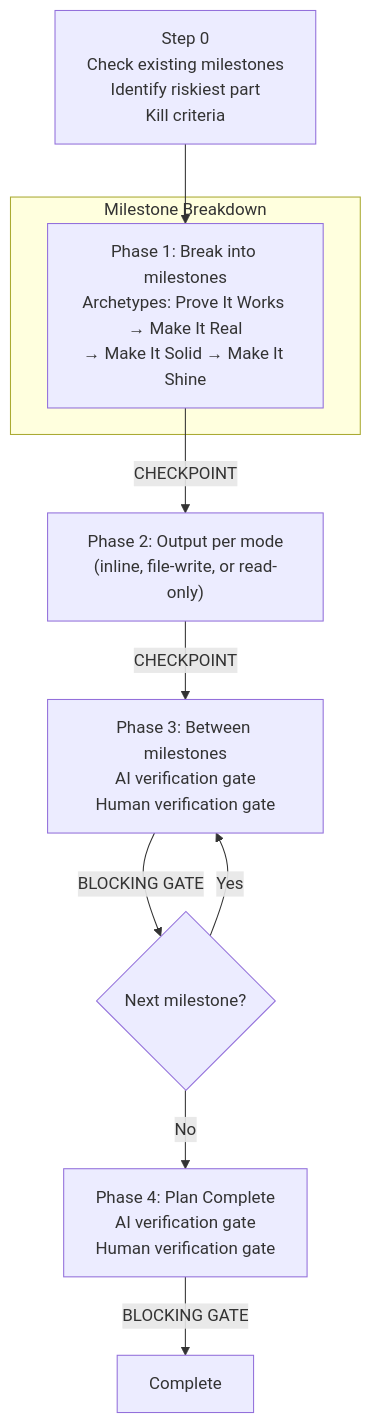
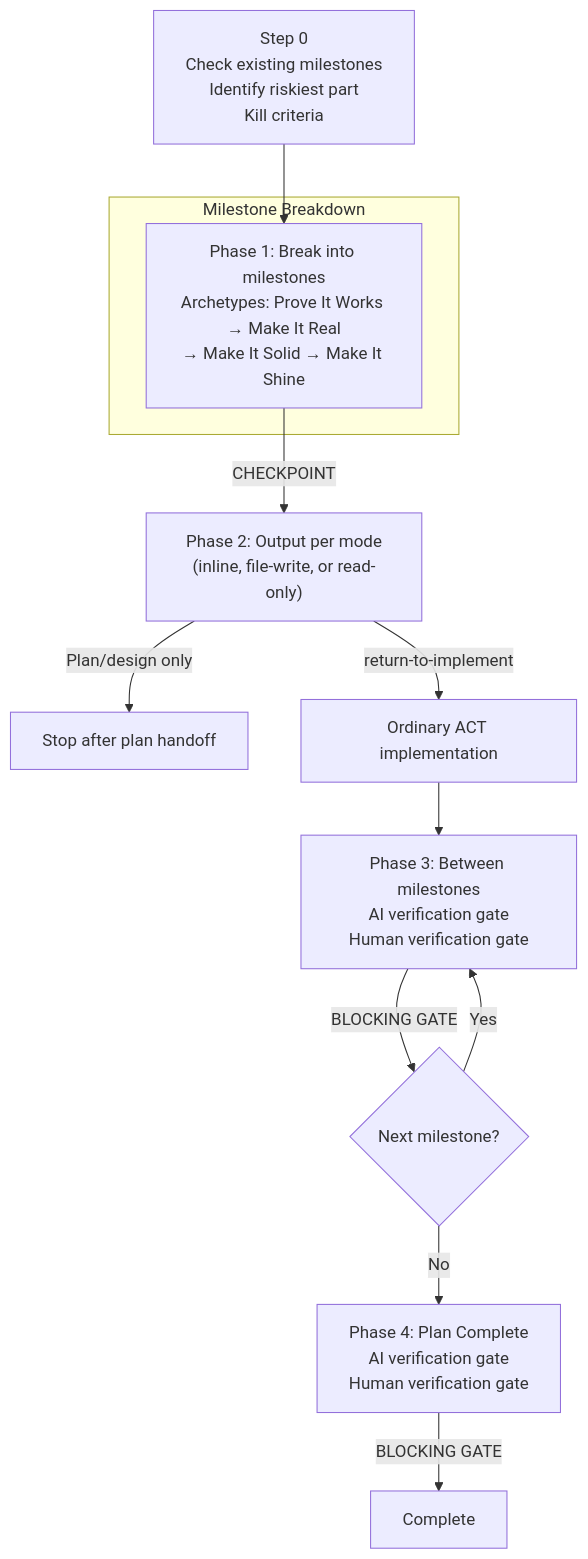
One commit to blundergoat/goat-flow changed the fifth of 9 diagrams in docs/skills.md. Above: the diagram before and after it, drawn with Mermaid. The commit also changed other lines of this file and 20 other files, not shown here.

First line of the commit message:
feat(goat-plan): refine `return-to-implement` and milestone handling

````diff
--- a/docs/skills.md
+++ b/docs/skills.md
@@ -166,15 +166,17 @@
 ```mermaid
 flowchart TD
     S0["Step 0\nCheck existing milestones\nIdentify riskiest part\nKill criteria"] --> P1
 
     subgraph Plan["Milestone Breakdown"]
         P1["Phase 1: Break into milestones\nArchetypes: Prove It Works → Make It Real\n→ Make It Solid → Make It Shine"]
     end
 
     P1 -->|"CHECKPOINT"| P2["Phase 2: Output per mode\n(inline, file-write, or read-only)"]
-    P2 -->|"CHECKPOINT"| P3["Phase 3: Between milestones\nAI verification gate\nHuman verification gate"]
+    P2 -->|"Plan/design only"| Planned["Stop after plan handoff"]
+    P2 -->|"return-to-implement"| ACT["Ordinary ACT implementation"]
+    ACT --> P3["Phase 3: Between milestones\nAI verification gate\nHuman verification gate"]
     P3 -->|"BLOCKING GATE"| Next{"Next milestone?"}
     Next -->|Yes| P3
     Next -->|No| P4["Phase 4: Plan Complete\nAI verification gate\nHuman verification gate"]
     P4 -->|"BLOCKING GATE"| Close["Complete"]
 ```
````
